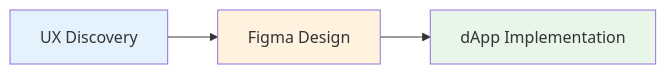
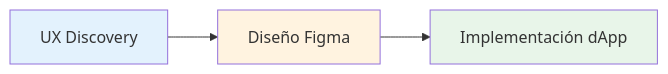
The diagram in contributor-esp/contributor-guides/web-ui-standards/process-overview.md (drkrillo/docs), drawn with Mermaid before and after one commit. The commit also changed other lines of this file and 18 other files, not shown here.

````diff
--- a/contributor-esp/contributor-guides/web-ui-standards/process-overview.md
+++ b/contributor-esp/contributor-guides/web-ui-standards/process-overview.md
@@ -7,8 +7,8 @@
 ```mermaid
 flowchart LR
-    UX[UX Discovery] --> Figma[Figma Design] --> dApp[dApp Implementation]
+    UX[UX Discovery] --> Figma[Diseño Figma] --> dApp[Implementación dApp]
     
     style UX fill:#e3f2fd
     style Figma fill:#fff3e0
     style dApp fill:#e8f5e9
 ```
````
